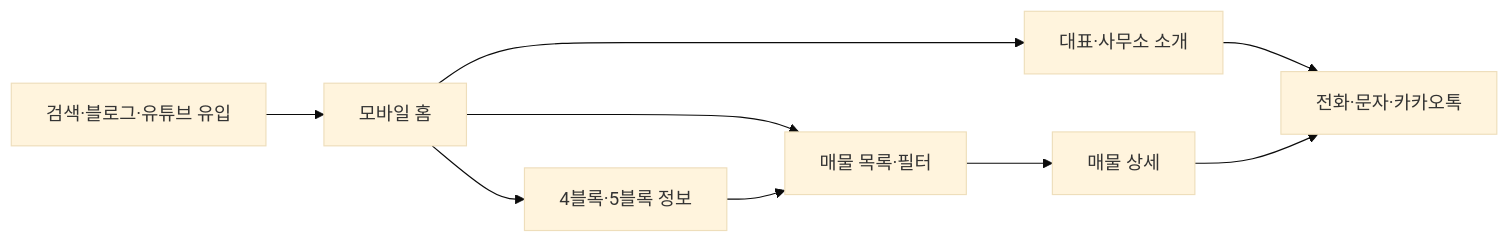
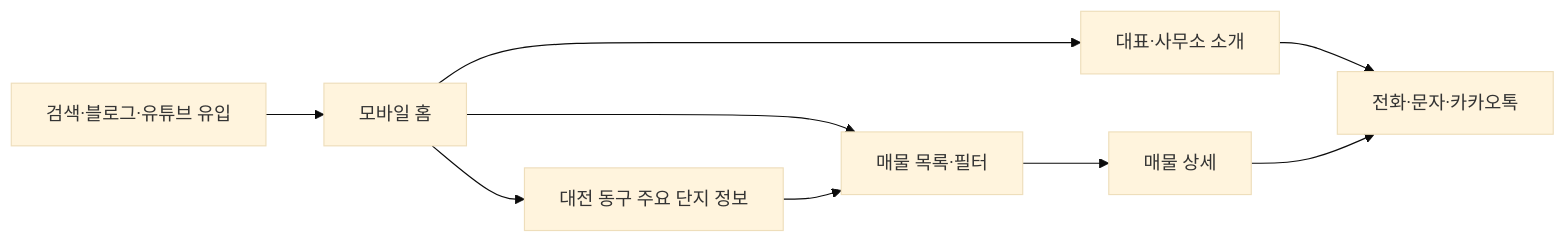
One commit to myoungsuk/real-estate-website changed the first of 2 diagrams in 01_천동_리더스시티_행복한부동산_서비스기획서.md. Above: the diagram before and after it, drawn with Mermaid (base theme). The commit also changed other lines of this file and 79 other files, not shown here.

````diff
--- a/01_천동_리더스시티_행복한부동산_서비스기획서.md
+++ b/01_천동_리더스시티_행복한부동산_서비스기획서.md
@@ -146,11 +150,11 @@
 ```mermaid
 flowchart LR
     A[검색·블로그·유튜브 유입] --> B[모바일 홈]
     B --> C[매물 목록·필터]
-    B --> D[4블록·5블록 정보]
+    B --> D[대전 동구 주요 단지 정보]
     B --> E[대표·사무소 소개]
     C --> F[매물 상세]
     D --> C
     E --> G[전화·문자·카카오톡]
     F --> G
 ```
````
